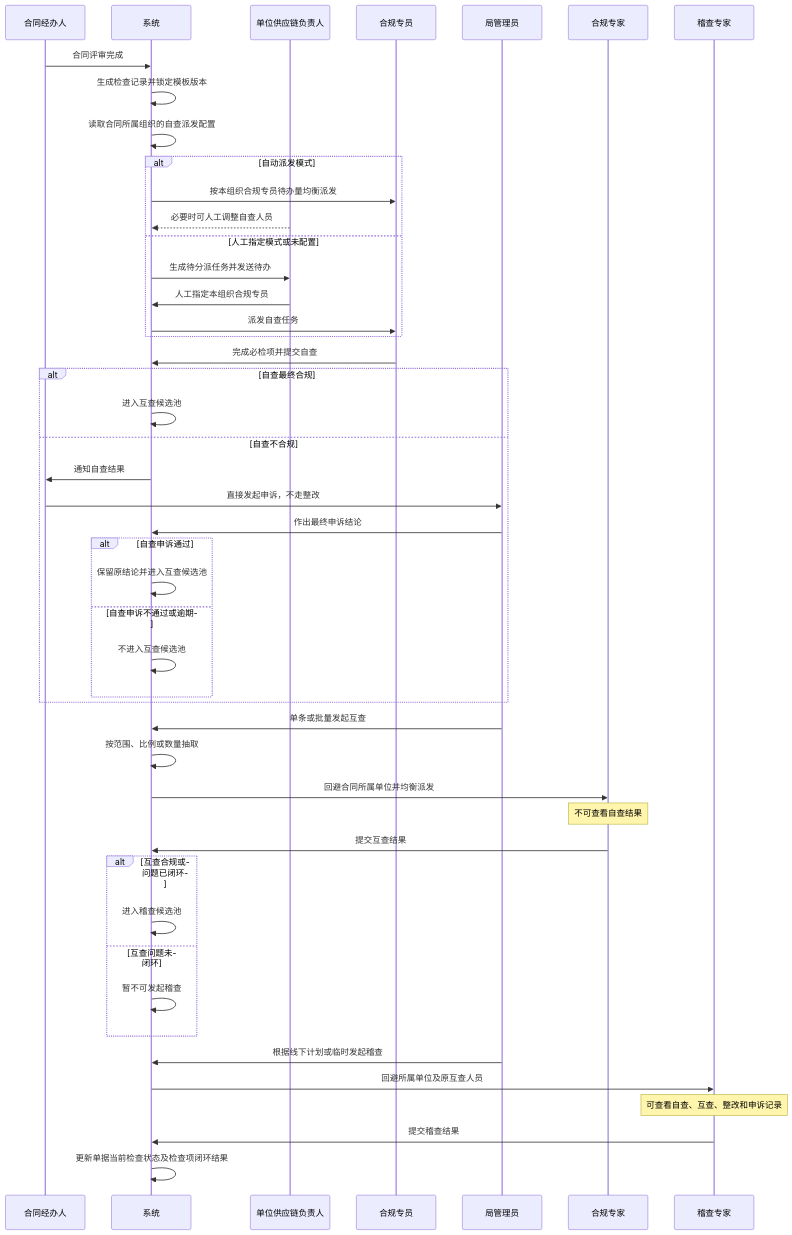
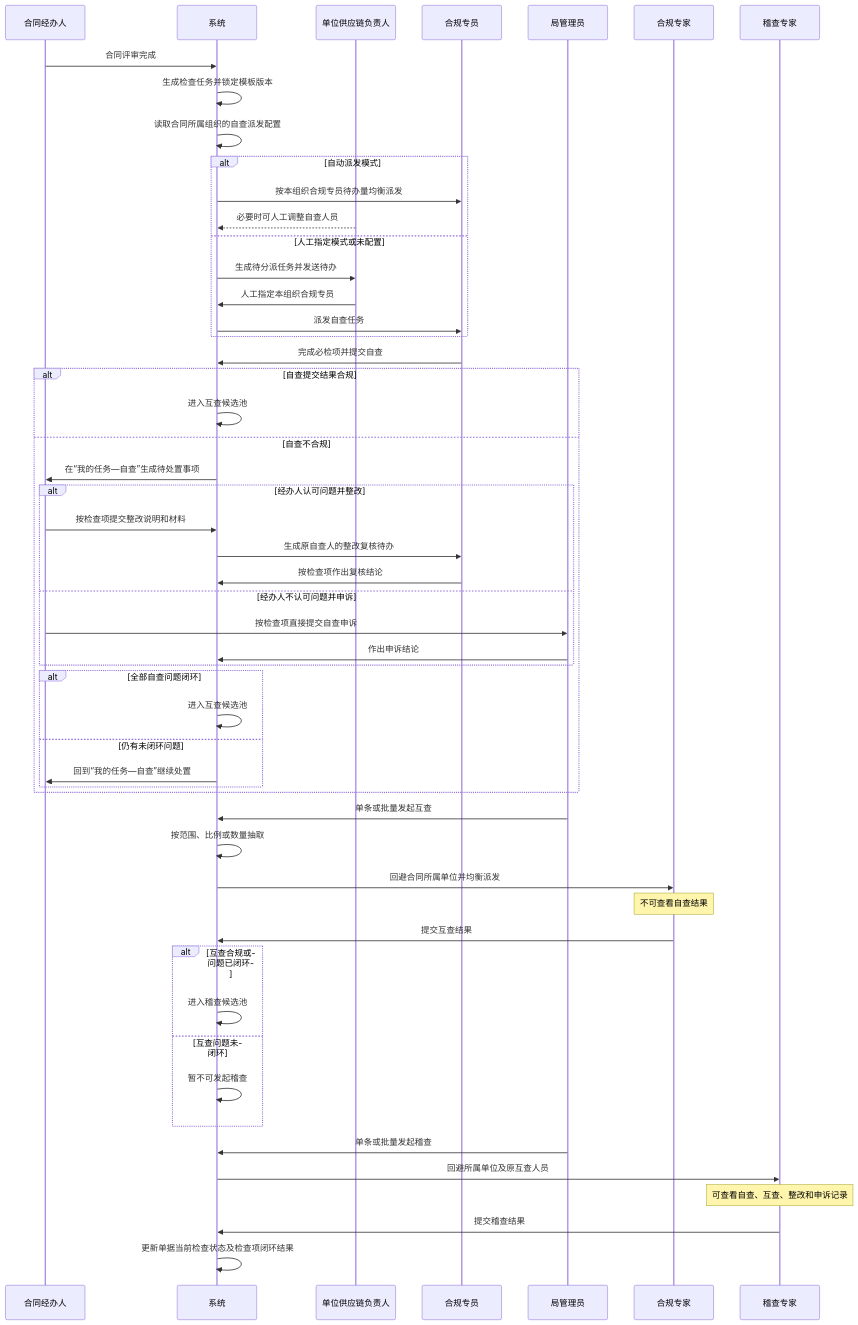
The sixth of 16 diagrams in axureMake/docs/四局一单一检/prd.md (LRainD/LRainD.github.io), drawn with Mermaid before and after one commit. The commit also changed other lines of this file and 25 other files, not shown here.

````diff
--- a/axureMake/docs/四局一单一检/prd.md
+++ b/axureMake/docs/四局一单一检/prd.md
@@ -533,54 +494,60 @@
 ```mermaid
 sequenceDiagram
     participant H as 合同经办人
     participant S as 系统
     participant L as 单位供应链负责人
     participant SC as 合规专员
     participant A as 局管理员
     participant MC as 合规专家
     participant AC as 稽查专家
 
     H->>S: 合同评审完成
-    S->>S: 生成检查记录并锁定模板版本
+    S->>S: 生成检查任务并锁定模板版本
     S->>S: 读取合同所属组织的自查派发配置
     alt 自动派发模式
         S->>SC: 按本组织合规专员待办量均衡派发
         L-->>S: 必要时可人工调整自查人员
     else 人工指定模式或未配置
         S->>L: 生成待分派任务并发送待办
         L->>S: 人工指定本组织合规专员
         S->>SC: 派发自查任务
     end
     SC->>S: 完成必检项并提交自查
 
-    alt 自查最终合规
+    alt 自查提交结果合规
         S->>S: 进入互查候选池
     else 自查不合规
-        S->>H: 通知自查结果
-        H->>A: 直接发起申诉，不走整改
-        A->>S: 作出最终申诉结论
-        alt 自查申诉通过
-            S->>S: 保留原结论并进入互查候选池
-        else 自查申诉不通过或逾期
-            S->>S: 不进入互查候选池
+        S->>H: 在“我的任务—自查”生成待处置事项
+        alt 经办人认可问题并整改
+            H->>S: 按检查项提交整改说明和材料
+            S->>SC: 生成原自查人的整改复核待办
+            SC->>S: 按检查项作出复核结论
+        else 经办人不认可问题并申诉
+            H->>A: 按检查项直接提交自查申诉
+            A->>S: 作出申诉结论
+        end
+        alt 全部自查问题闭环
+            S->>S: 进入互查候选池
+        else 仍有未闭环问题
+            S->>H: 回到“我的任务—自查”继续处置
         end
     end
 
     A->>S: 单条或批量发起互查
     S->>S: 按范围、比例或数量抽取
     S->>MC: 回避合同所属单位并均衡派发
     Note over MC: 不可查看自查结果
     MC->>S: 提交互查结果
 
     alt 互查合规或问题已闭环
         S->>S: 进入稽查候选池
     else 互查问题未闭环
         S->>S: 暂不可发起稽查
     end
 
-    A->>S: 根据线下计划或临时发起稽查
+    A->>S: 单条或批量发起稽查
     S->>AC: 回避所属单位及原互查人员
     Note over AC: 可查看自查、互查、整改和申诉记录
     AC->>S: 提交稽查结果
     S->>S: 更新单据当前检查状态及检查项闭环结果
 ```
````
